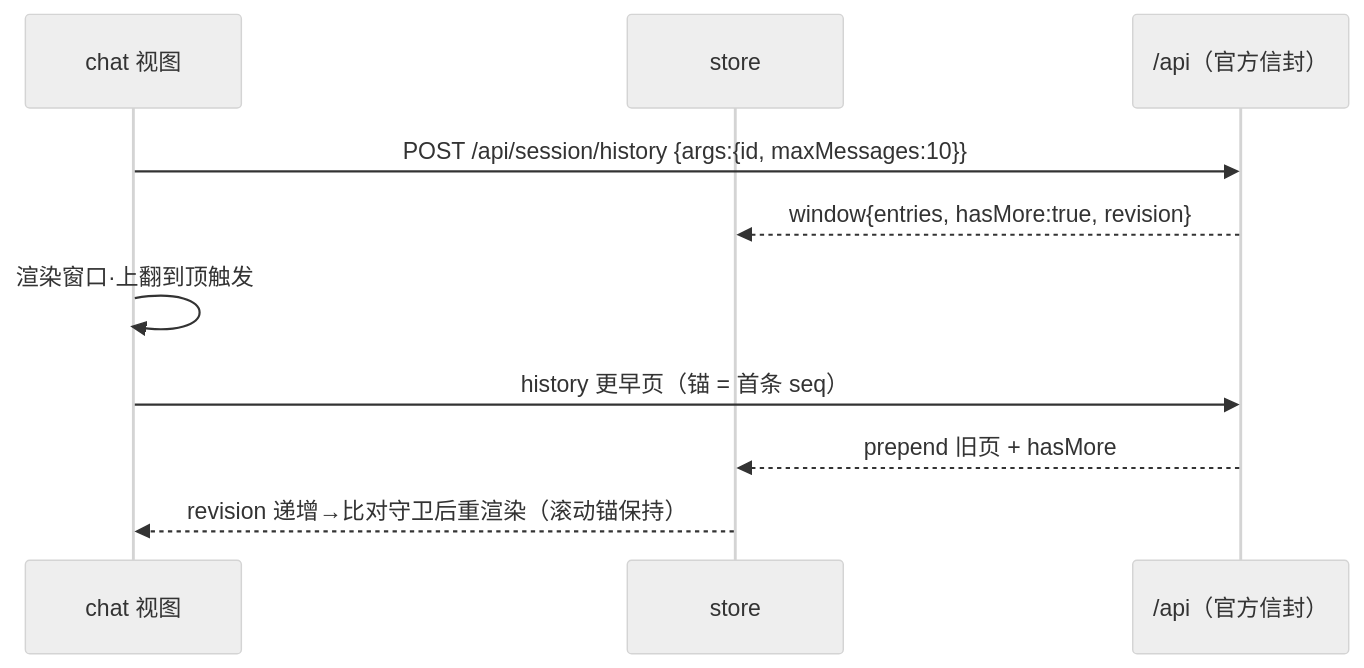
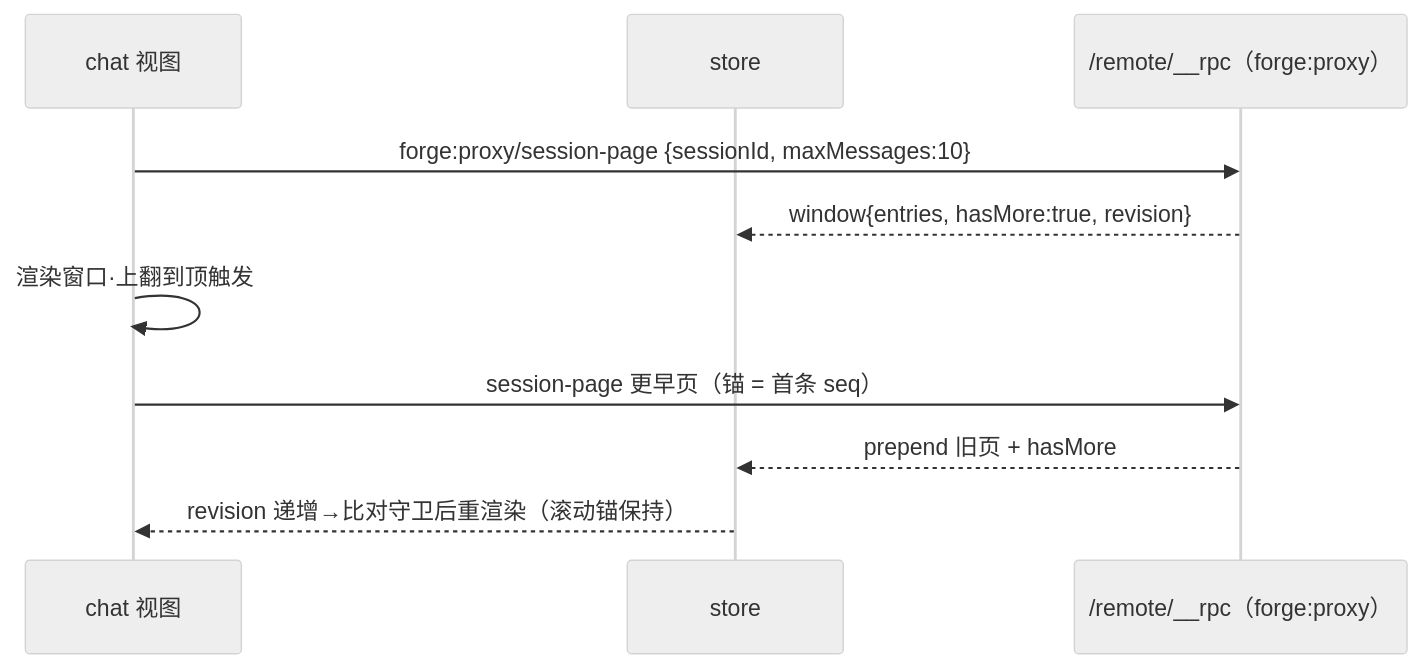
Before and after one commit to bigfaner/dsh-forge: the fifth of 7 diagrams in .forge/docs/features/mobile-ui/design/tech-design.md, drawn with Mermaid (neutral theme). The commit also changed other lines of this file and 8 other files, not shown here.

Commit message:
docs(mobile-ui): read-state 撤销段回写 + transport 残留改 R12 口径（forge:proxy + forge-stream）

````diff
--- a/.forge/docs/features/mobile-ui/design/tech-design.md
+++ b/.forge/docs/features/mobile-ui/design/tech-design.md
@@ -257,12 +198,12 @@
 ```mermaid
 sequenceDiagram
     participant V as chat 视图
     participant S as store
-    participant API as /api（官方信封）
-    V->>API: POST /api/session/history {args:{id, maxMessages:10}}
+    participant API as /remote/__rpc（forge:proxy）
+    V->>API: forge:proxy/session-page {sessionId, maxMessages:10}
     API-->>S: window{entries, hasMore:true, revision}
     V->>V: 渲染窗口·上翻到顶触发
-    V->>API: history 更早页（锚 = 首条 seq）
+    V->>API: session-page 更早页（锚 = 首条 seq）
     API-->>S: prepend 旧页 + hasMore
     S-->>V: revision 递增→比对守卫后重渲染（滚动锚保持）
 ```
````
